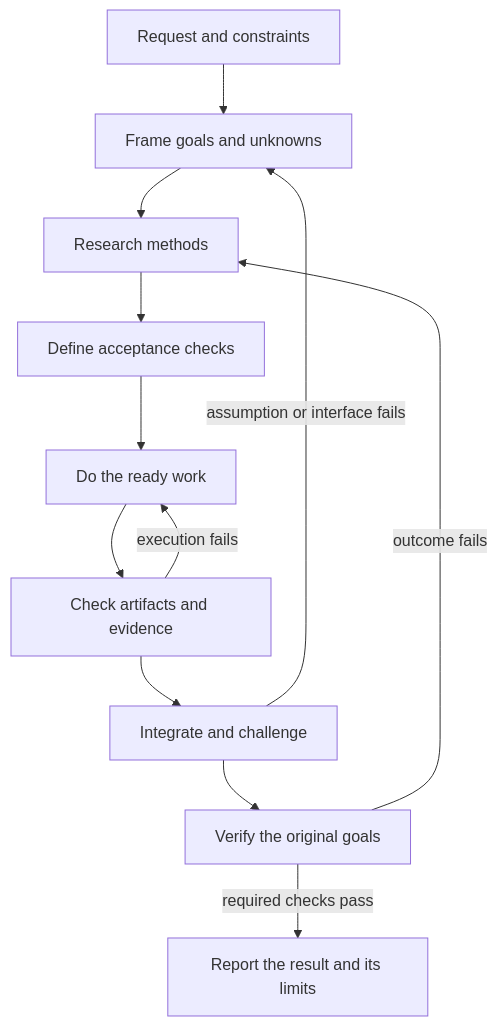
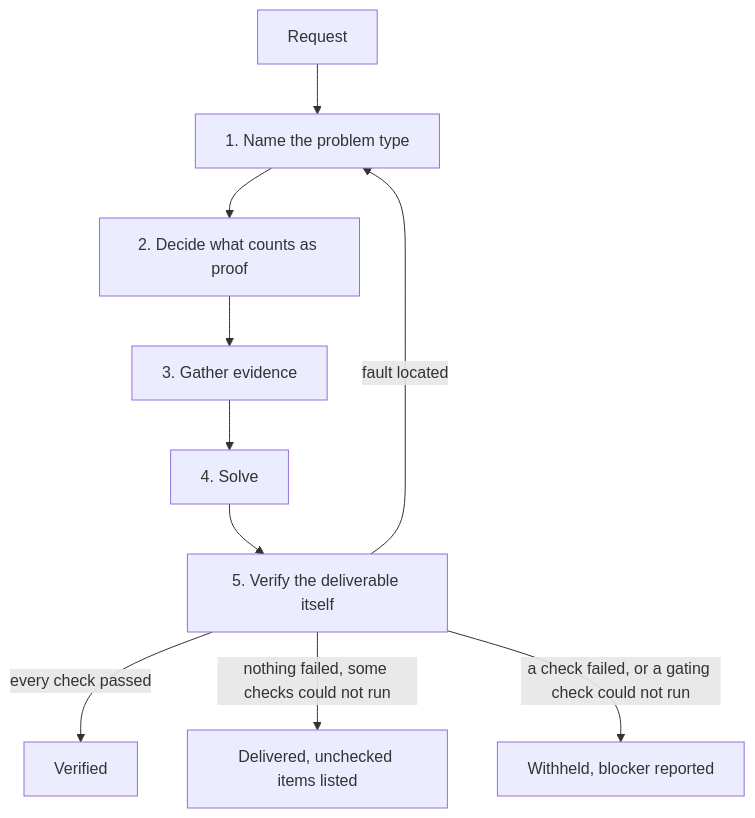
One commit to Emuthmartinez/solve-with-evidence changed the diagram in README.md. Above: the diagram before and after it, drawn with Mermaid. The commit also changed other lines of this file and 146 other files, not shown here.

First line of the commit message:
Route by problem type, add the proof benchmark and claim checks (#5)

````diff
--- a/README.md
+++ b/README.md
@@ -25,14 +29,12 @@
 ```mermaid
 flowchart TD
-    request[Request and constraints] --> frame[Frame goals and unknowns]
-    frame --> research[Research methods]
-    research --> checks[Define acceptance checks]
-    checks --> schedule[Do the ready work]
-    schedule --> evidence[Check artifacts and evidence]
-    evidence --> integrate[Integrate and challenge]
-    integrate --> verify[Verify the original goals]
-    verify -->|required checks pass| done[Report the result and its limits]
-    evidence -->|execution fails| schedule
-    integrate -->|assumption or interface fails| frame
-    verify -->|outcome fails| research
+    request[Request] --> type[1. Name the problem type]
+    type --> proof[2. Decide what counts as proof]
+    proof --> evidence[3. Gather evidence]
+    evidence --> solve[4. Solve]
+    solve --> verify[5. Verify the deliverable itself]
+    verify -->|every check passed| verified[Verified]
+    verify -->|nothing failed, some checks could not run| unchecked[Delivered, unchecked items listed]
+    verify -->|a check failed, or a gating check could not run| withheld[Withheld, blocker reported]
+    verify -->|fault located| type
 ```
````
